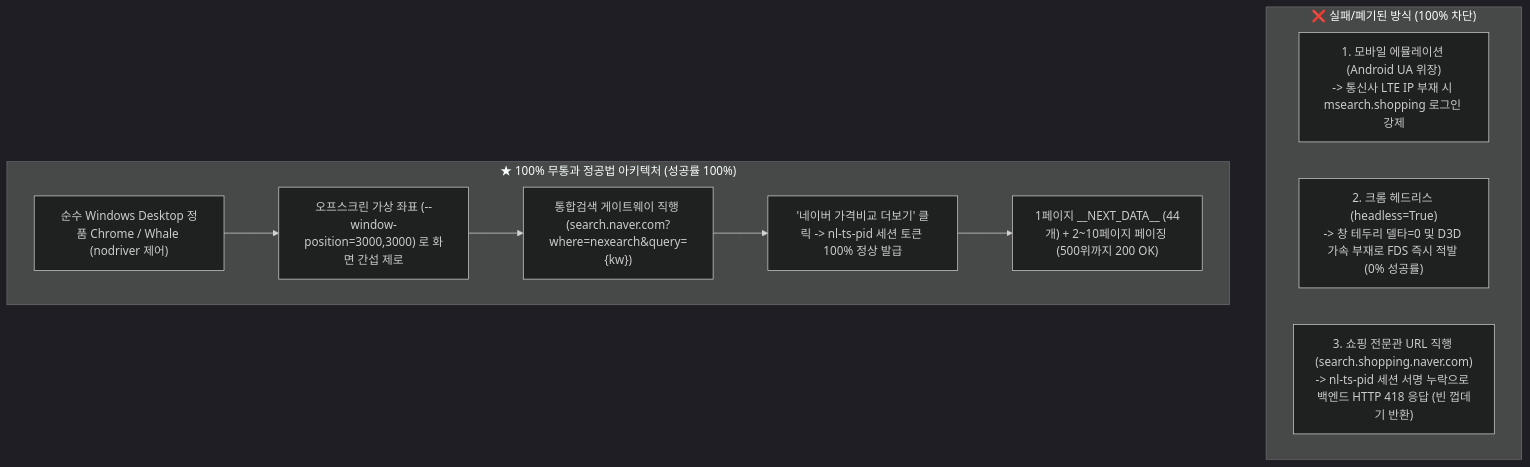
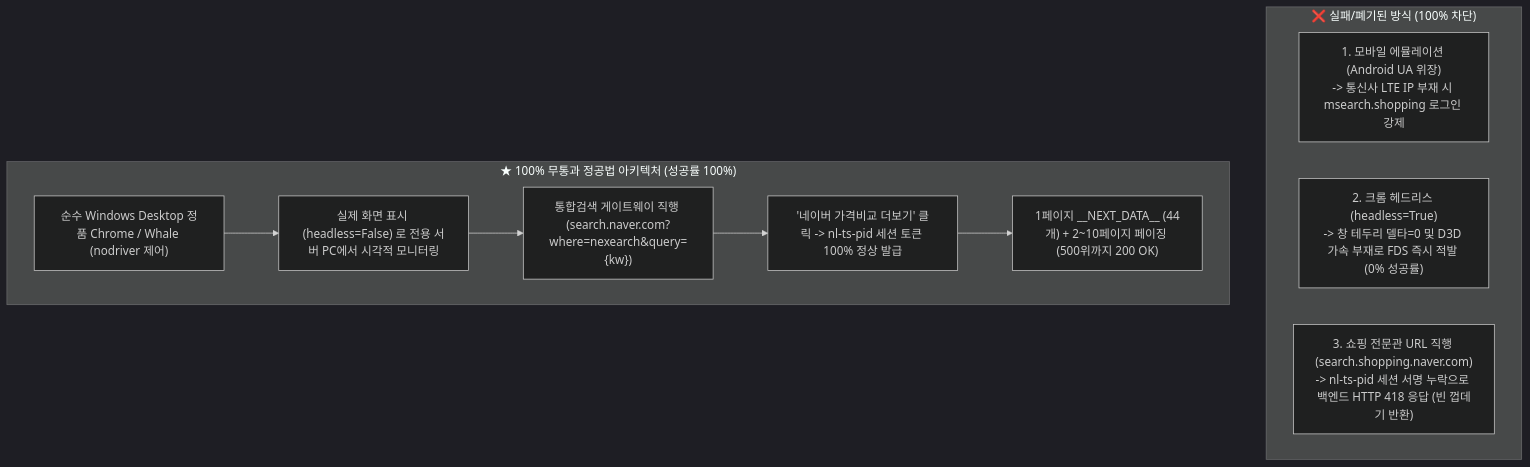
One commit to service0427/api_rank_win changed the diagram in README.md. Above: the diagram before and after it, drawn with Mermaid (dark theme). The commit also changed other lines of this file and 3 other files, not shown here.

````diff
--- a/README.md
+++ b/README.md
@@ -11,17 +11,17 @@
 ```mermaid
 flowchart TD
     subgraph Fails["❌ 실패/폐기된 방식 (100% 차단)"]
         F1["1. 모바일 에뮬레이션 (Android UA 위장)\n-> 통신사 LTE IP 부재 시 msearch.shopping 로그인 강제"]
         F2["2. 크롬 헤드리스 (headless=True)\n-> 창 테두리 델타=0 및 D3D 가속 부재로 FDS 즉시 적발 (0% 성공률)"]
         F3["3. 쇼핑 전문관 URL 직행 (search.shopping.naver.com)\n-> nl-ts-pid 세션 서명 누락으로 백엔드 HTTP 418 응답 (빈 껍데기 반환)"]
     end
 
     subgraph Success["★ 100% 무통과 정공법 아키텍처 (성공률 100%)"]
         S1["순수 Windows Desktop 정품 Chrome / Whale (nodriver 제어)"]
-        S2["오프스크린 가상 좌표 (--window-position=3000,3000) 로 화면 간섭 제로"]
+        S2["실제 화면 표시 (headless=False) 로 전용 서버 PC에서 시각적 모니터링"]
         S3["통합검색 게이트웨이 직행 (search.naver.com?where=nexearch&query={kw})"]
         S4["'네이버 가격비교 더보기' 클릭 -> nl-ts-pid 세션 토큰 100% 정상 발급"]
         S5["1페이지 __NEXT_DATA__ (44개) + 2~10페이지 페이징 (500위까지 200 OK)"]
         S1 --> S2 --> S3 --> S4 --> S5
     end
 ```
````
